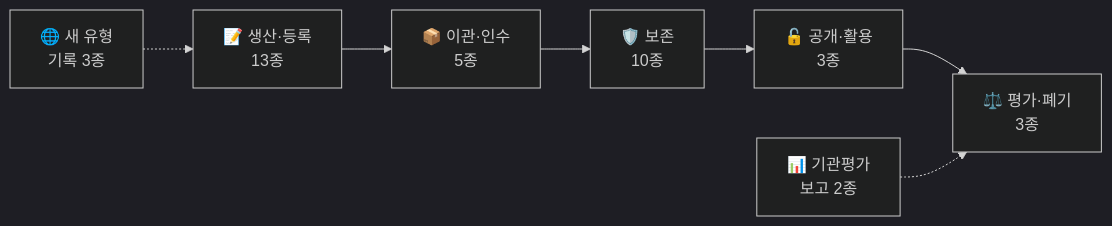
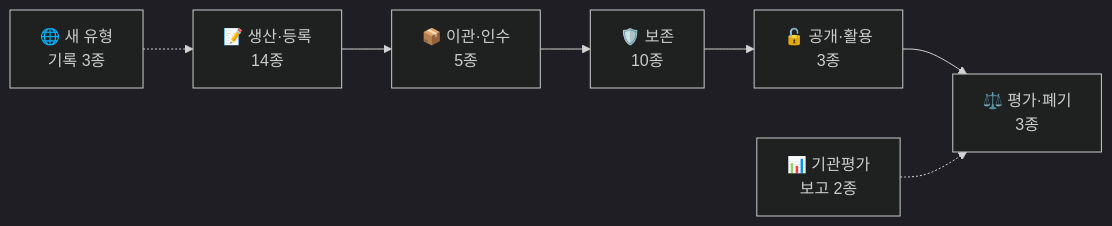
The first of 2 diagrams in README.md (changgi/archive-bm-tools), drawn with Mermaid (dark theme) before and after one commit. The commit also changed other lines of this file and 14 other files, not shown here.

````diff
--- a/README.md
+++ b/README.md
@@ -58,9 +58,9 @@
 ```mermaid
 flowchart LR
-    A["📝 생산·등록<br/>13종"] --> B["📦 이관·인수<br/>5종"]
+    A["📝 생산·등록<br/>14종"] --> B["📦 이관·인수<br/>5종"]
     B --> C["🛡️ 보존<br/>10종"]
     C --> D["🔓 공개·활용<br/>3종"]
     D --> E["⚖️ 평가·폐기<br/>3종"]
     N["🌐 새 유형<br/>기록 3종"] -.-> A
     R["📊 기관평가<br/>보고 2종"] -.-> E
 ```
````
